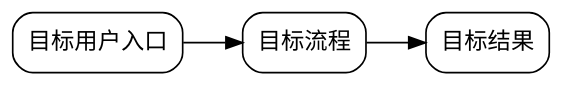
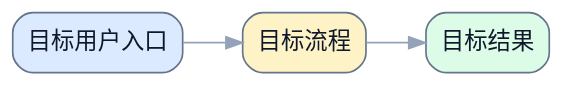
The first of 2 diagrams in skills/write-spec/references/product-spec-template.md (terencefan/inority-workspace), drawn with Graphviz before and after one commit. The commit also changed other lines of this file and 28 other files, not shown here.

````diff
--- a/skills/write-spec/references/product-spec-template.md
+++ b/skills/write-spec/references/product-spec-template.md
@@ -43,13 +44,14 @@
 ```dot
 digraph TargetState {
   rankdir=LR;
-  graph [bgcolor="transparent"];
-  node [shape=box, style="rounded"];
+  graph [bgcolor="transparent", fontname="Noto Sans CJK SC"];
+  node [fontname="Noto Sans CJK SC", shape=box, style="rounded,filled", color="#64748b", fontcolor="#0f172a", fillcolor="#f8fafc"];
+  edge [fontname="Noto Sans CJK SC", color="#94a3b8", fontcolor="#94a3b8"];
 
-  target_user [label="目标用户入口"];
-  target_flow [label="目标流程"];
-  target_result [label="目标结果"];
+  target_user [label="目标用户入口", fillcolor="#dbeafe"];
+  target_flow [label="目标流程", fillcolor="#fef3c7"];
+  target_result [label="目标结果", fillcolor="#dcfce7"];
 
   target_user -> target_flow -> target_result;
 }
 ```
````
